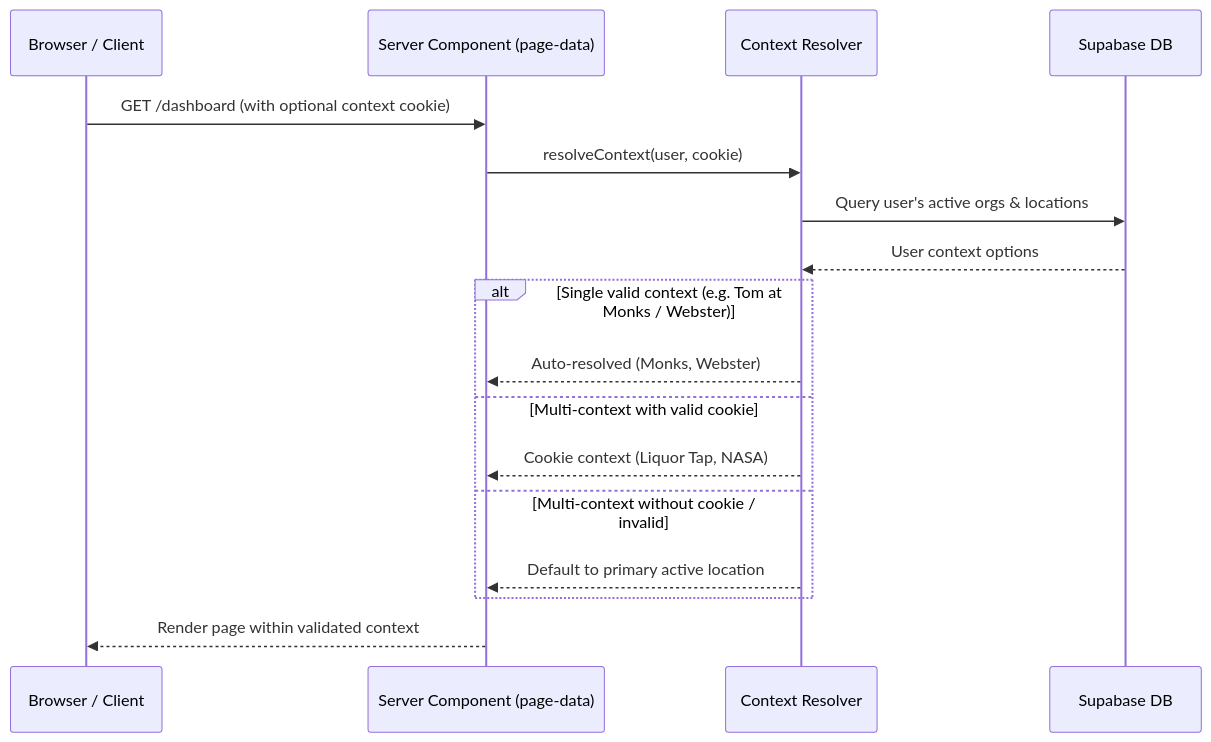
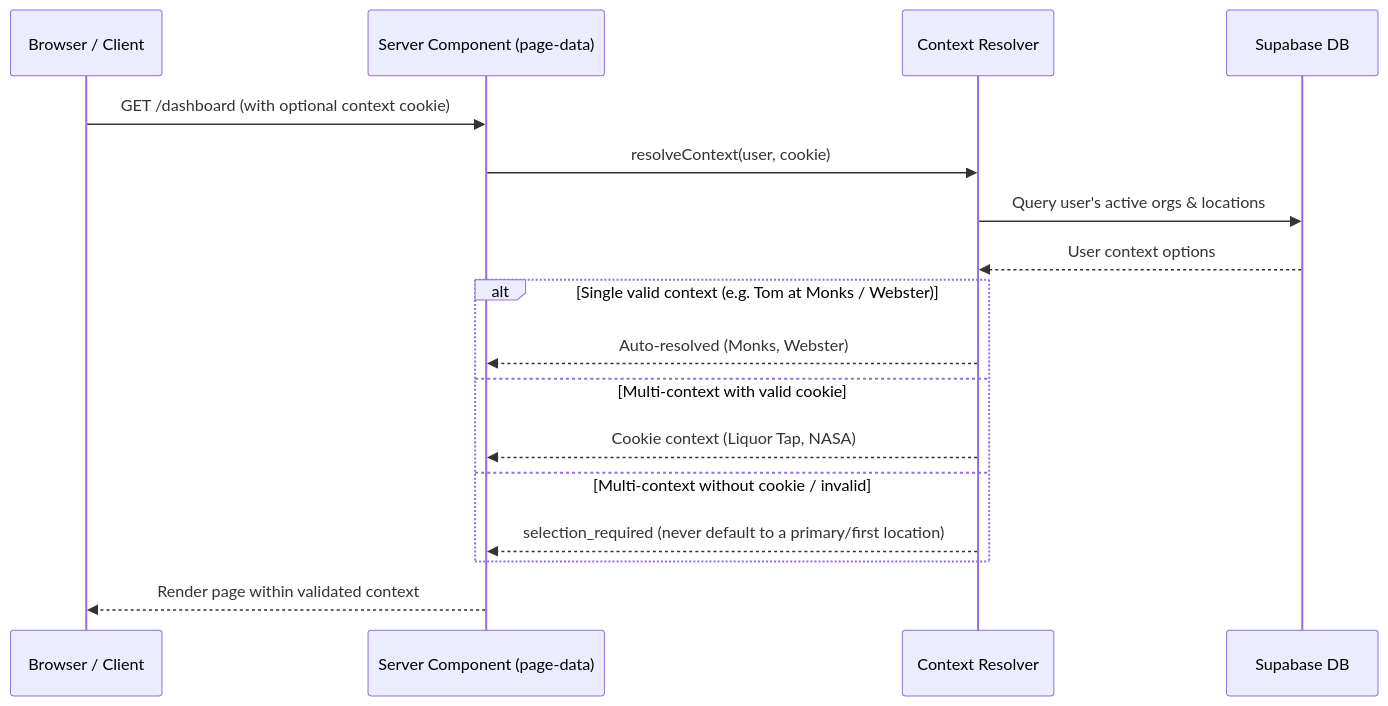
The third of 4 diagrams in docs/v2.0/ARCHITECTURE.md (KrapaGoutam/The-Lineup), drawn with Mermaid before and after one commit. The commit also changed other lines of this file and 32 other files, not shown here.

````diff
--- a/docs/v2.0/ARCHITECTURE.md
+++ b/docs/v2.0/ARCHITECTURE.md
@@ -81,20 +81,20 @@
 ```mermaid
 sequenceDiagram
   participant B as Browser / Client
   participant S as Server Component (page-data)
   participant R as Context Resolver
   participant DB as Supabase DB
 
   B->>S: GET /dashboard (with optional context cookie)
   S->>R: resolveContext(user, cookie)
   R->>DB: Query user's active orgs & locations
   DB-->>R: User context options
   alt Single valid context (e.g. Tom at Monks / Webster)
     R-->>S: Auto-resolved (Monks, Webster)
   else Multi-context with valid cookie
     R-->>S: Cookie context (Liquor Tap, NASA)
   else Multi-context without cookie / invalid
-    R-->>S: Default to primary active location
+    R-->>S: selection_required (never default to a primary/first location)
   end
   S-->>B: Render page within validated context
 ```
````
